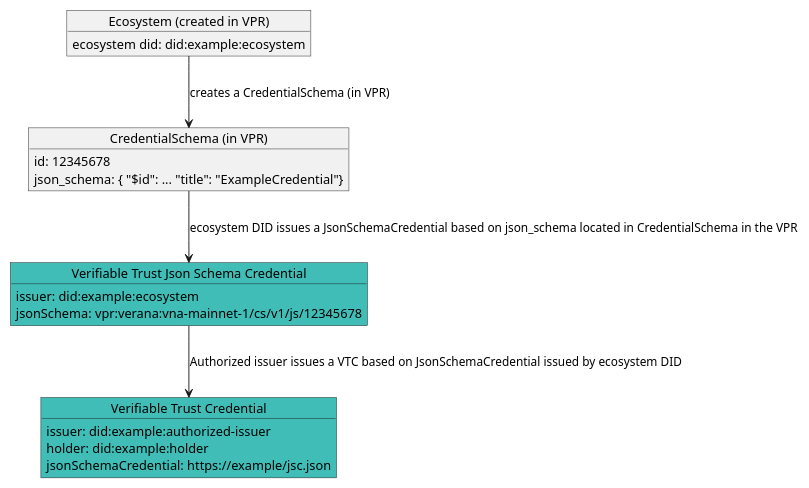
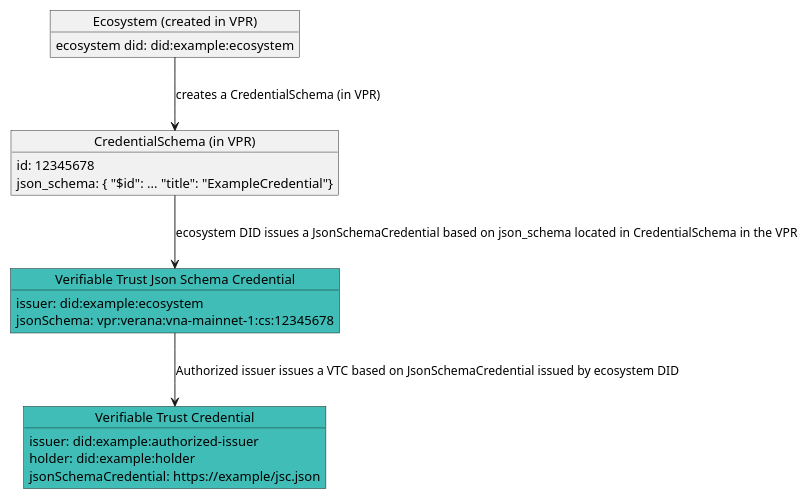
The fourth of 6 diagrams in spec.md (verana-labs/verifiable-trust-spec), drawn with PlantUML before and after one commit. The commit also changed other lines of this file, not shown here.

Commit message:
refactor: change credential schema VPR URN to vpr:verana:<chain>:cs:<id>; bump to v4-rc1

````diff
--- a/spec.md
+++ b/spec.md
@@ -473,29 +473,29 @@
 ```plantuml
 
 @startuml
 scale max 800 width
 object "Ecosystem (created in VPR)" as es {
   ecosystem did: did:example:ecosystem
 }
 object "CredentialSchema (in VPR)" as cs {
   id: 12345678
   json_schema: { "$id": ... "title": "ExampleCredential"}
 }
 object "Verifiable Trust Json Schema Credential" as jsc #3fbdb6 {
   issuer: did:example:ecosystem
-  jsonSchema: vpr:verana:vna-mainnet-1/cs/v1/js/12345678
+  jsonSchema: vpr:verana:vna-mainnet-1:cs:12345678
 }
 
 object "Verifiable Trust Credential" as vscred #3fbdb6 {
   issuer: did:example:authorized-issuer
   holder: did:example:holder
   jsonSchemaCredential: https://example/jsc.json
 }
 
  jsc --> vscred: Authorized issuer issues a VTC based on JsonSchemaCredential issued by ecosystem DID
 cs --> jsc : ecosystem DID issues a JsonSchemaCredential based on json_schema located in CredentialSchema in the VPR
 es --> cs : creates a CredentialSchema (in VPR)
 
 @enduml
 
 ```
````
